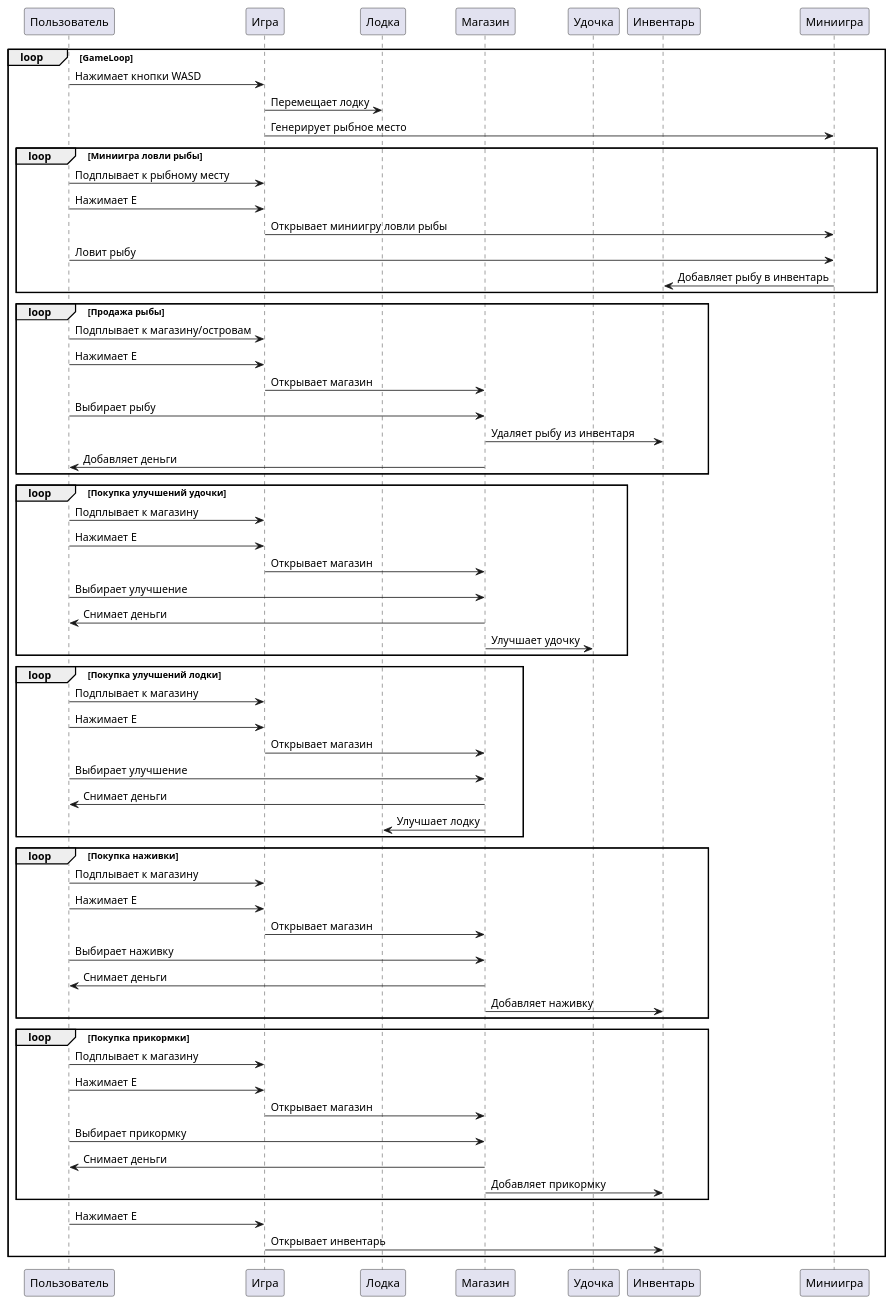
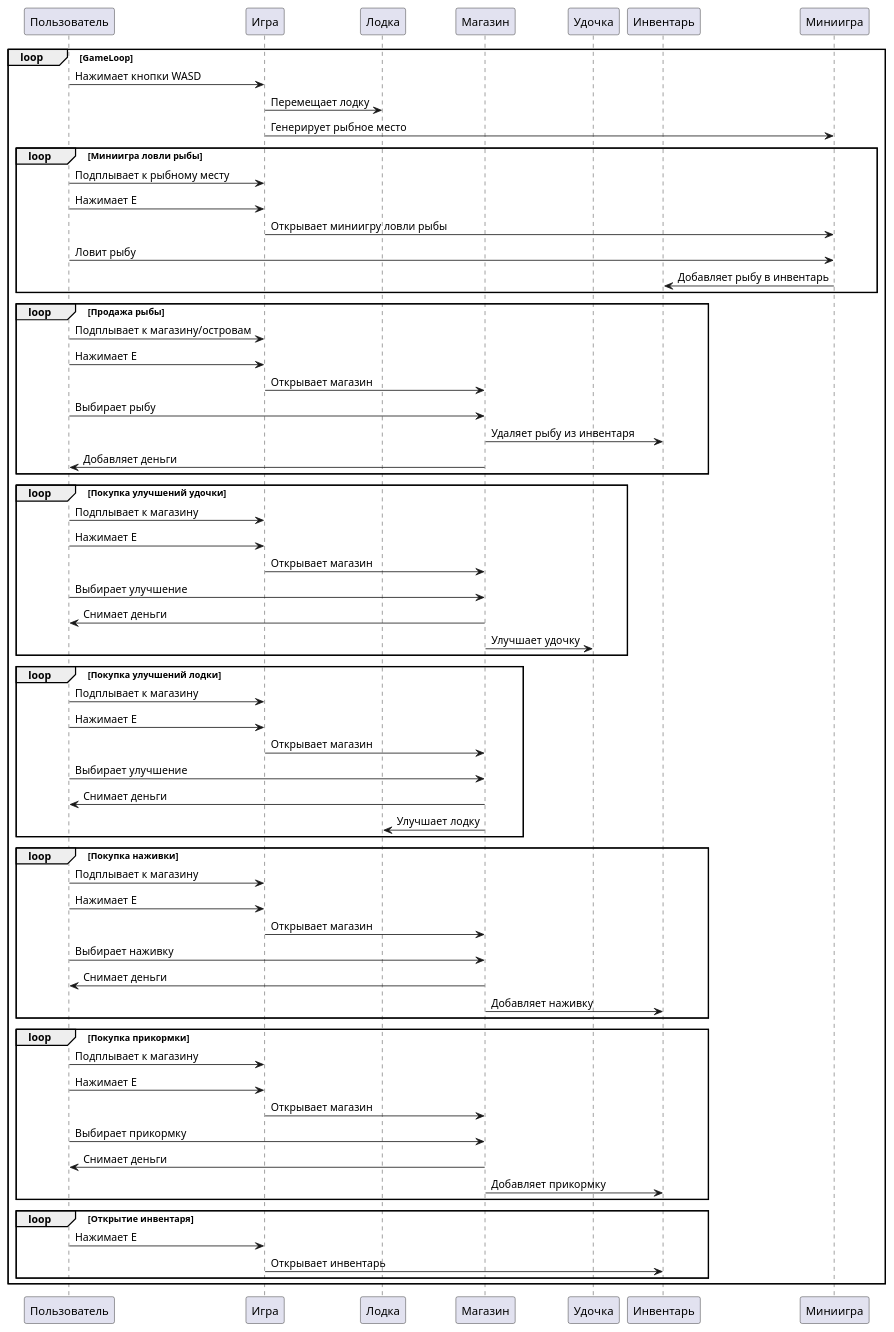
The diagram in docs/diagrams/behavior/sequence_diagram.puml (lenk6663/studying), drawn with PlantUML before and after one commit. The commit also changed 1 other file, not shown here.

```diff
--- a/docs/diagrams/behavior/sequence_diagram.puml
+++ b/docs/diagrams/behavior/sequence_diagram.puml
@@ -1,70 +1,72 @@
 @startuml
 participant Пользователь
 participant Игра
 participant Лодка
 participant Магазин
 participant Удочка
 participant Инвентарь
 
 loop GameLoop
     Пользователь -> Игра: Нажимает кнопки WASD
     Игра -> Лодка: Перемещает лодку
     Игра -> Миниигра: Генерирует рыбное место
     
     loop Миниигра ловли рыбы
         Пользователь -> Игра: Подплывает к рыбному месту
         Пользователь -> Игра: Нажимает E
         Игра -> Миниигра: Открывает миниигру ловли рыбы
         Пользователь -> Миниигра: Ловит рыбу
         Миниигра -> Инвентарь: Добавляет рыбу в инвентарь
     end
     
     loop Продажа рыбы
         Пользователь -> Игра: Подплывает к магазину/островам
         Пользователь -> Игра: Нажимает E
         Игра -> Магазин: Открывает магазин
         Пользователь -> Магазин: Выбирает рыбу
         Магазин -> Инвентарь: Удаляет рыбу из инвентаря
         Магазин -> Пользователь: Добавляет деньги
     end
     
     loop Покупка улучшений удочки
         Пользователь -> Игра: Подплывает к магазину
         Пользователь -> Игра: Нажимает E
         Игра -> Магазин: Открывает магазин
         Пользователь -> Магазин: Выбирает улучшение
         Магазин -> Пользователь: Снимает деньги
         Магазин -> Удочка: Улучшает удочку
     end
 
     loop Покупка улучшений лодки
         Пользователь -> Игра: Подплывает к магазину
         Пользователь -> Игра: Нажимает E
         Игра -> Магазин: Открывает магазин
         Пользователь -> Магазин: Выбирает улучшение
         Магазин -> Пользователь: Снимает деньги
         Магазин -> Лодка: Улучшает лодку
     end
 
     loop Покупка наживки
         Пользователь -> Игра: Подплывает к магазину
         Пользователь -> Игра: Нажимает E
         Игра -> Магазин: Открывает магазин
         Пользователь -> Магазин: Выбирает наживку
         Магазин -> Пользователь: Снимает деньги
         Магазин -> Инвентарь: Добавляет наживку
     end
     
     loop Покупка прикормки
         Пользователь -> Игра: Подплывает к магазину
         Пользователь -> Игра: Нажимает E
         Игра -> Магазин: Открывает магазин
         Пользователь -> Магазин: Выбирает прикормку
         Магазин -> Пользователь: Снимает деньги
         Магазин -> Инвентарь: Добавляет прикормку
     end
     
-    Пользователь -> Игра: Нажимает E
-    Игра -> Инвентарь: Открывает инвентарь
+    loop Открытие инвентаря
+        Пользователь -> Игра: Нажимает E
+        Игра -> Инвентарь: Открывает инвентарь
+    end
 end
 @enduml
```
